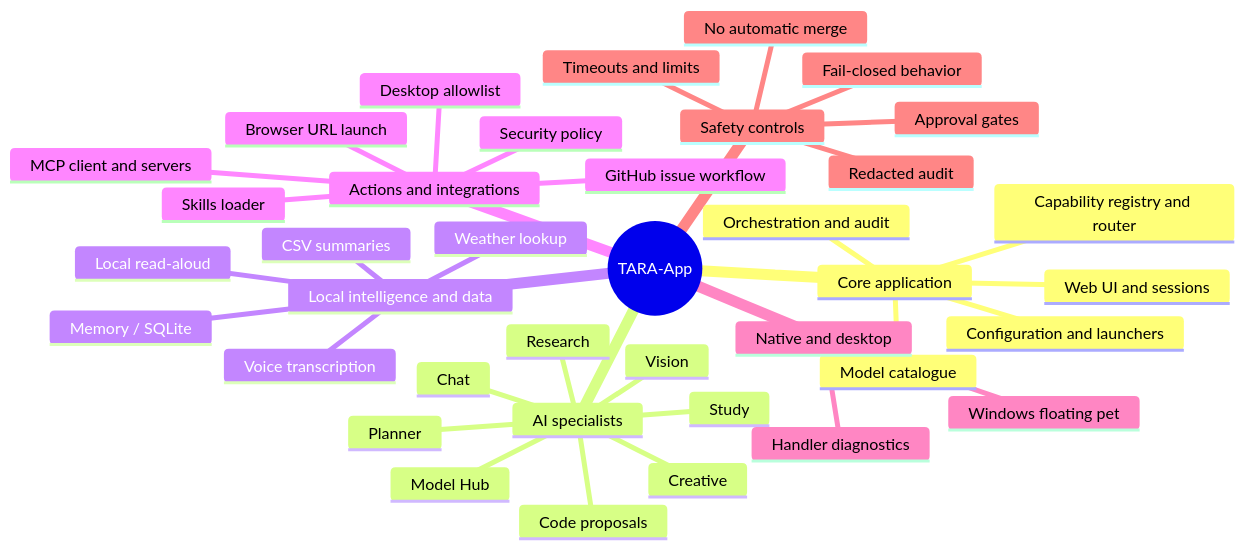
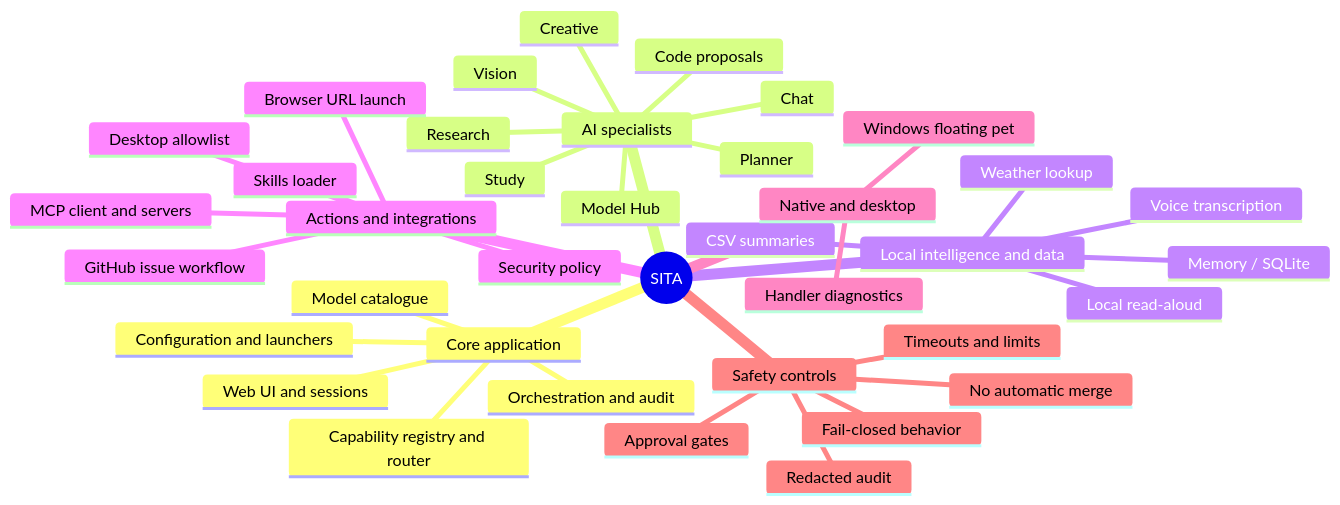
The first of 20 diagrams in docs/FEATURE_AND_NEURAL_NETWORK_DIAGRAMS.md (deathkernel/TARA-App), drawn with Mermaid before and after one commit. The commit also changed other lines of this file and 96 other files, not shown here.

Commit message:
feat(branding): rebrand TARA product as SITA

````diff
--- a/docs/FEATURE_AND_NEURAL_NETWORK_DIAGRAMS.md
+++ b/docs/FEATURE_AND_NEURAL_NETWORK_DIAGRAMS.md
@@ -7,41 +7,41 @@
 ```mermaid
 mindmap
-  root((TARA-App))
+  root((SITA))
     Core application
       Web UI and sessions
       Configuration and launchers
       Capability registry and router
       Orchestration and audit
       Model catalogue
     AI specialists
       Chat
       Code proposals
       Research
       Planner
       Creative
       Vision
       Model Hub
       Study
     Local intelligence and data
       Memory / SQLite
       CSV summaries
       Weather lookup
       Voice transcription
       Local read-aloud
     Actions and integrations
       Security policy
       Desktop allowlist
       Browser URL launch
       GitHub issue workflow
       MCP client and servers
       Skills loader
     Native and desktop
       Handler diagnostics
       Windows floating pet
     Safety controls
       Approval gates
       Timeouts and limits
       Fail-closed behavior
       Redacted audit
       No automatic merge
 ```
````
